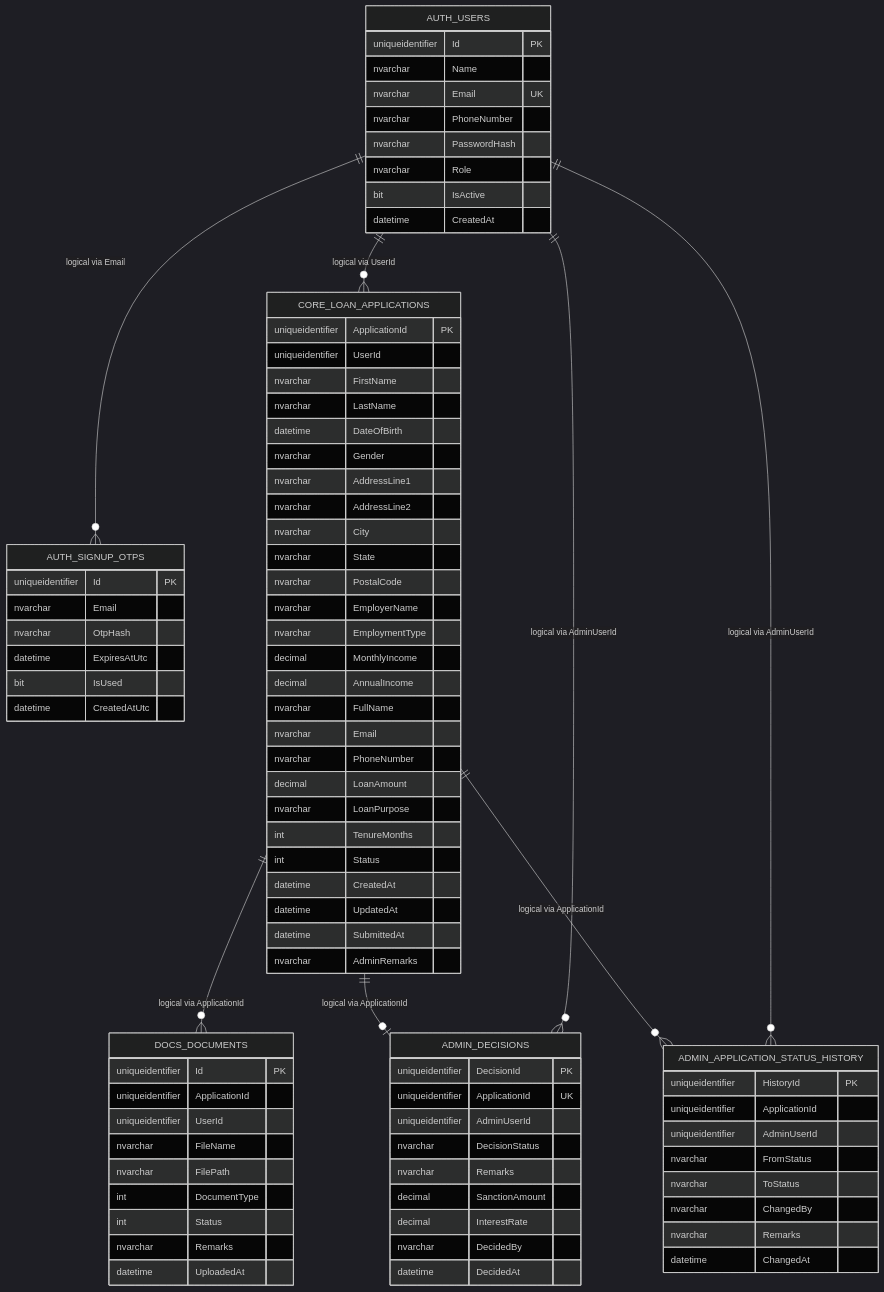
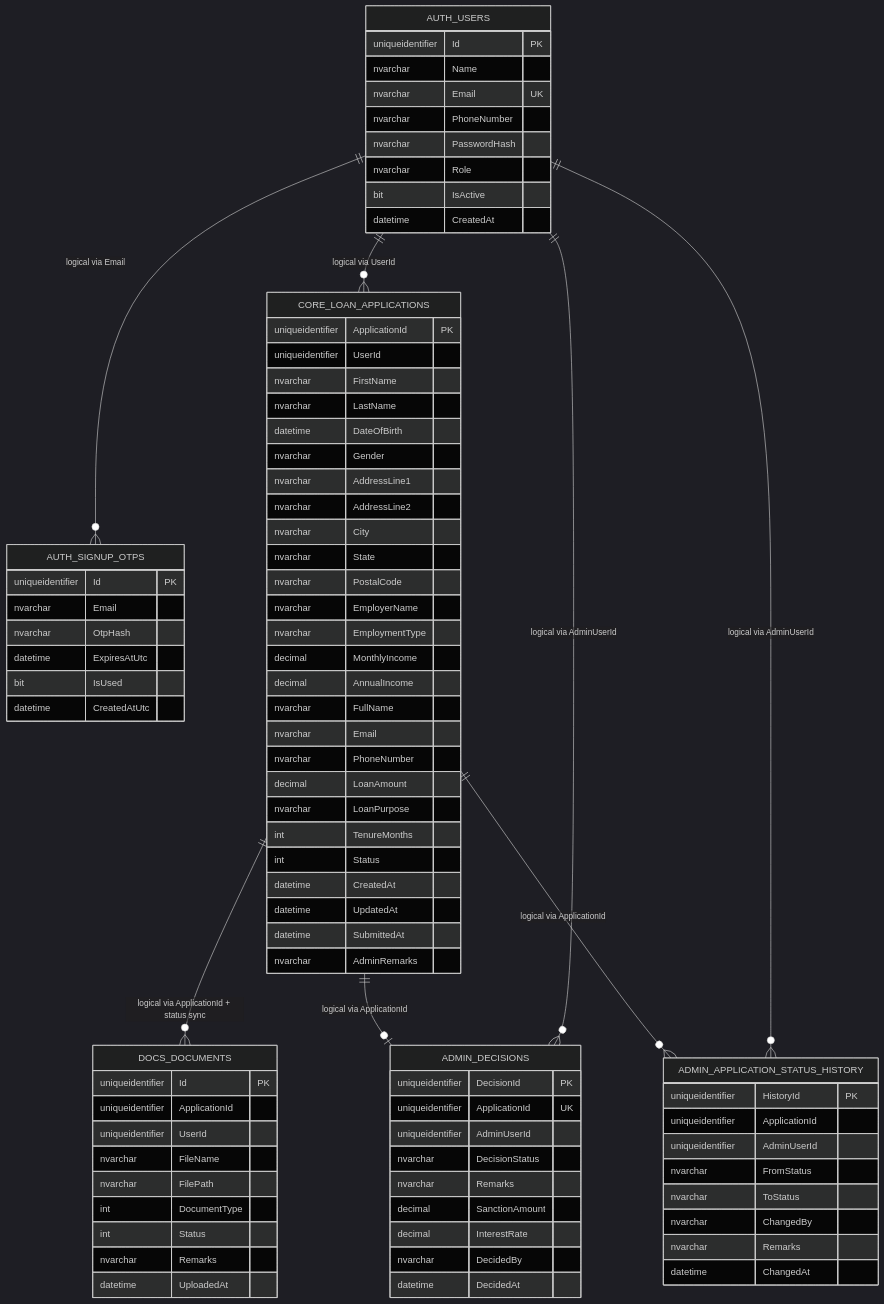
Before and after one commit to Harsha260419/FastTrack-CapFinLoan: the diagram in Docs/database-ef-diagram.mmd, drawn with Mermaid (dark theme). The commit also changed 9 other files, not shown here.

```diff
--- a/Docs/database-ef-diagram.mmd
+++ b/Docs/database-ef-diagram.mmd
@@ -1,92 +1,92 @@
 erDiagram
     AUTH_USERS {
         uniqueidentifier Id PK
         nvarchar Name
         nvarchar Email UK
         nvarchar PhoneNumber
         nvarchar PasswordHash
         nvarchar Role
         bit IsActive
         datetime CreatedAt
     }
 
     AUTH_SIGNUP_OTPS {
         uniqueidentifier Id PK
         nvarchar Email
         nvarchar OtpHash
         datetime ExpiresAtUtc
         bit IsUsed
         datetime CreatedAtUtc
     }
 
     CORE_LOAN_APPLICATIONS {
         uniqueidentifier ApplicationId PK
         uniqueidentifier UserId
         nvarchar FirstName
         nvarchar LastName
         datetime DateOfBirth
         nvarchar Gender
         nvarchar AddressLine1
         nvarchar AddressLine2
         nvarchar City
         nvarchar State
         nvarchar PostalCode
         nvarchar EmployerName
         nvarchar EmploymentType
         decimal MonthlyIncome
         decimal AnnualIncome
         nvarchar FullName
         nvarchar Email
         nvarchar PhoneNumber
         decimal LoanAmount
         nvarchar LoanPurpose
         int TenureMonths
         int Status
         datetime CreatedAt
         datetime UpdatedAt
         datetime SubmittedAt
         nvarchar AdminRemarks
     }
 
     DOCS_DOCUMENTS {
         uniqueidentifier Id PK
         uniqueidentifier ApplicationId
         uniqueidentifier UserId
         nvarchar FileName
         nvarchar FilePath
         int DocumentType
         int Status
         nvarchar Remarks
         datetime UploadedAt
     }
 
     ADMIN_DECISIONS {
         uniqueidentifier DecisionId PK
         uniqueidentifier ApplicationId UK
         uniqueidentifier AdminUserId
         nvarchar DecisionStatus
         nvarchar Remarks
         decimal SanctionAmount
         decimal InterestRate
         nvarchar DecidedBy
         datetime DecidedAt
     }
 
     ADMIN_APPLICATION_STATUS_HISTORY {
         uniqueidentifier HistoryId PK
         uniqueidentifier ApplicationId
         uniqueidentifier AdminUserId
         nvarchar FromStatus
         nvarchar ToStatus
         nvarchar ChangedBy
         nvarchar Remarks
         datetime ChangedAt
     }
 
     AUTH_USERS ||--o{ CORE_LOAN_APPLICATIONS : "logical via UserId"
-    CORE_LOAN_APPLICATIONS ||--o{ DOCS_DOCUMENTS : "logical via ApplicationId"
+    CORE_LOAN_APPLICATIONS ||--o{ DOCS_DOCUMENTS : "logical via ApplicationId + status sync"
     CORE_LOAN_APPLICATIONS ||--o| ADMIN_DECISIONS : "logical via ApplicationId"
     CORE_LOAN_APPLICATIONS ||--o{ ADMIN_APPLICATION_STATUS_HISTORY : "logical via ApplicationId"
     AUTH_USERS ||--o{ ADMIN_DECISIONS : "logical via AdminUserId"
     AUTH_USERS ||--o{ ADMIN_APPLICATION_STATUS_HISTORY : "logical via AdminUserId"
     AUTH_USERS ||--o{ AUTH_SIGNUP_OTPS : "logical via Email"
```
